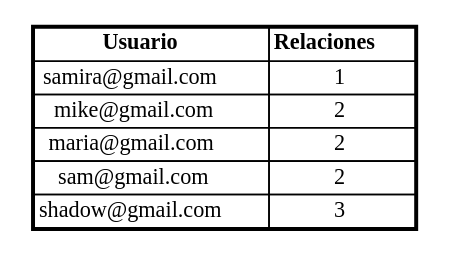
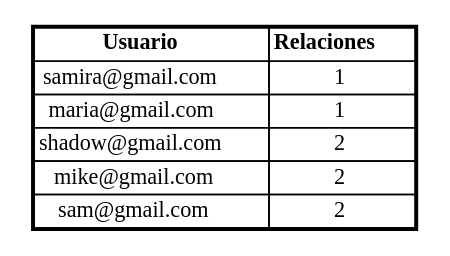
The diagram in Fase1/output/top5MenosAmigos.dot (Kevin-alvarez1/PROYECTO_MULTIFASES_RED_SOCIAL), drawn with Graphviz before and after one commit. The commit also changed 21 other files, not shown here.

```diff
--- a/Fase1/output/top5MenosAmigos.dot
+++ b/Fase1/output/top5MenosAmigos.dot
@@ -1,12 +1,12 @@
 digraph G {
 node [shape=plaintext];
 TOP5_USUARIOS [label=<
 <table border='2' cellborder='1' cellspacing='0'>
 <tr><td><b>Usuario</b></td><td><b>Relaciones</b></td></tr>
 <tr><td>samira@gmail.com</td><td>1</td></tr>
+<tr><td>maria@gmail.com</td><td>1</td></tr>
+<tr><td>shadow@gmail.com</td><td>2</td></tr>
 <tr><td>mike@gmail.com</td><td>2</td></tr>
-<tr><td>maria@gmail.com</td><td>2</td></tr>
 <tr><td>sam@gmail.com</td><td>2</td></tr>
-<tr><td>shadow@gmail.com</td><td>3</td></tr>
 </table>>];
 }
```
